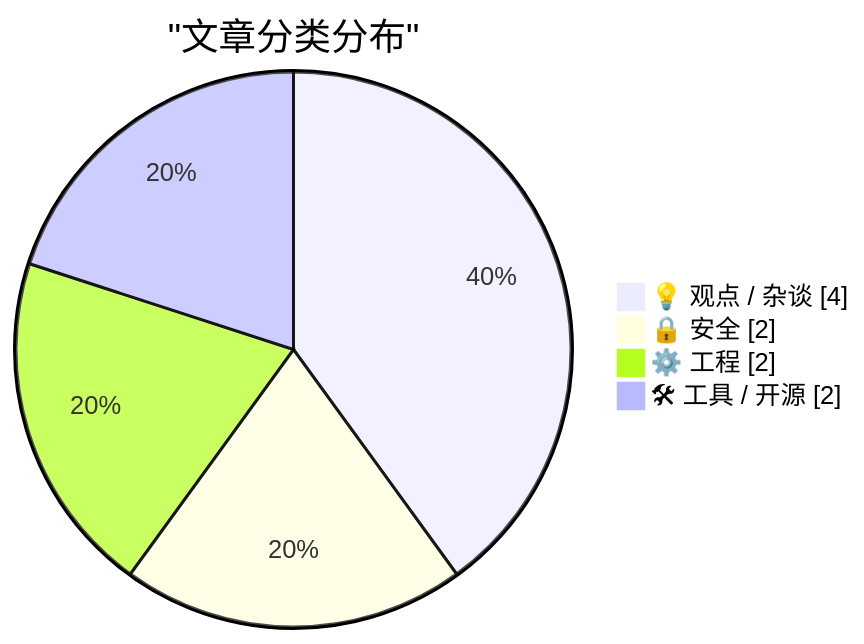
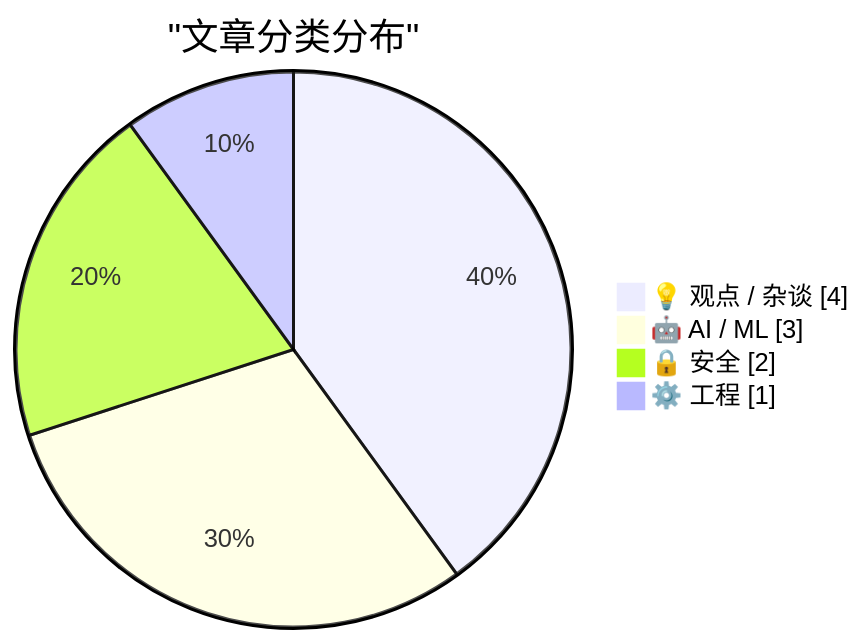
Before and after one commit to originem0/SZBlog: the first of 2 diagrams in content/ai-daily/2026-03-12.md, drawn with Mermaid. The commit also changed other lines of this file, not shown here.

````diff
--- a/content/ai-daily/2026-03-12.md
+++ b/content/ai-daily/2026-03-12.md
@@ -54,8 +60,8 @@
 ```mermaid
 pie showData
     title "文章分类分布"
     "💡 观点 / 杂谈" : 4
+    "🤖 AI / ML" : 3
     "🔒 安全" : 2
-    "⚙️ 工程" : 2
-    "🛠 工具 / 开源" : 2
+    "⚙️ 工程" : 1
 ```
````
